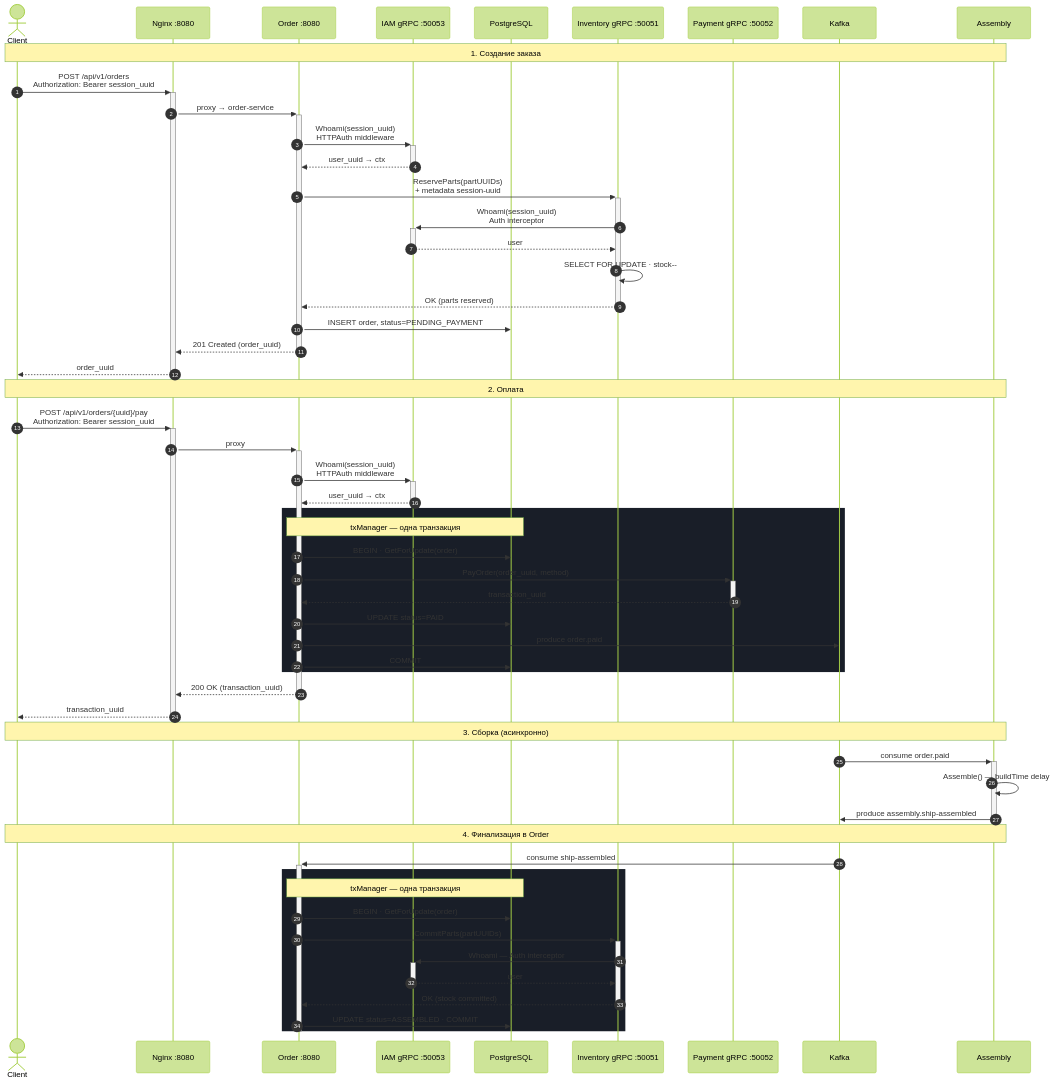
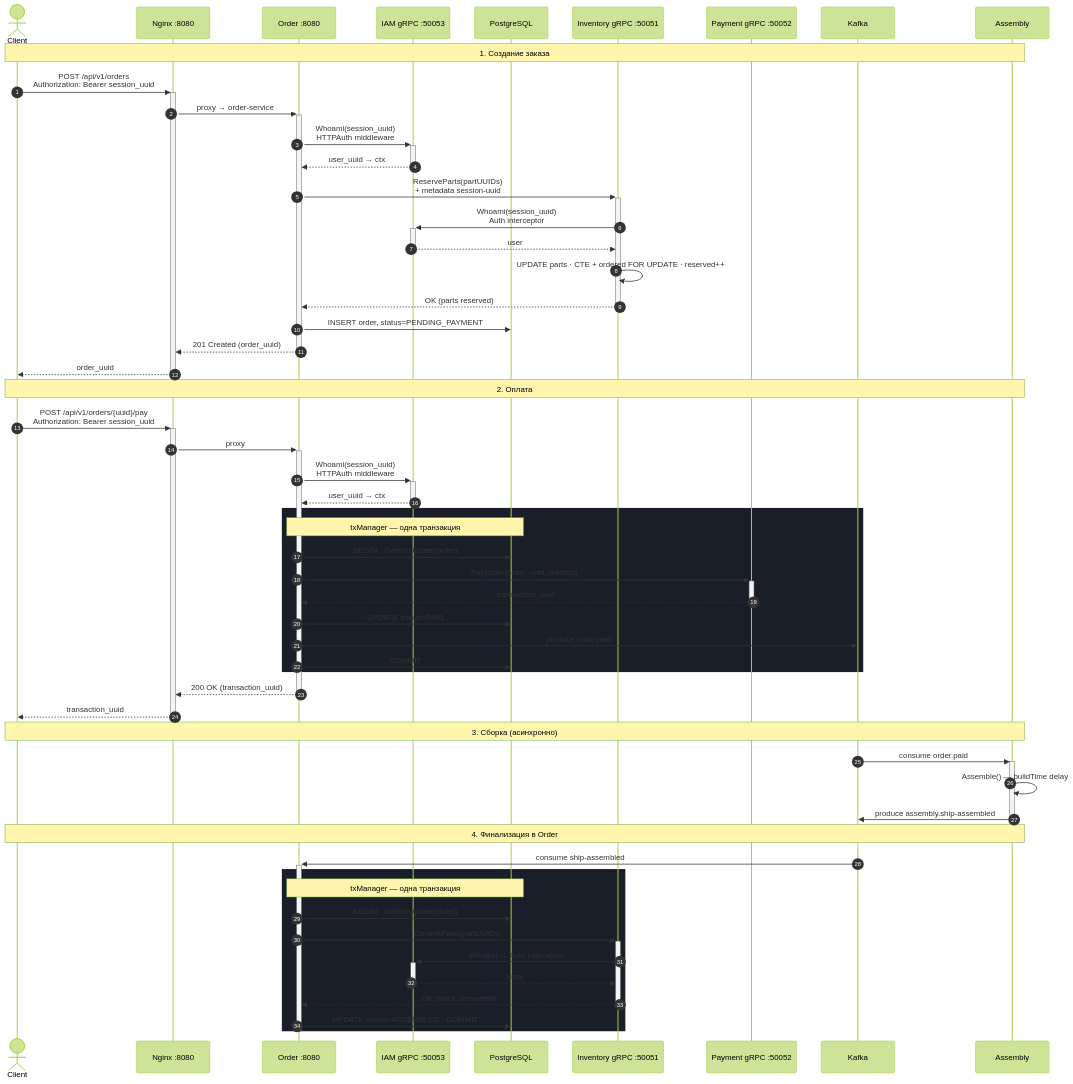
One commit to krapagen/my_microservices_rocket changed the second of 3 diagrams in README.md. Above: the diagram before and after it, drawn with Mermaid (forest theme). The commit also changed other lines of this file and 30 other files, not shown here.

````diff
--- a/README.md
+++ b/README.md
@@ -71,62 +89,62 @@
 ```mermaid
 sequenceDiagram
     autonumber
     actor C as Client
     participant N as Nginx :8080
     participant O as Order :8080
     participant IAM as IAM gRPC :50053
     participant PG as PostgreSQL
     participant I as Inventory gRPC :50051
     participant P as Payment gRPC :50052
     participant K as Kafka
     participant A as Assembly
 
     Note over C,A: 1. Создание заказа
     C->>+N: POST /api/v1/orders<br/>Authorization: Bearer session_uuid
     N->>+O: proxy → order-service
     O->>+IAM: Whoami(session_uuid)<br/>HTTPAuth middleware
     IAM-->>-O: user_uuid → ctx
     O->>+I: ReserveParts(partUUIDs)<br/>+ metadata session-uuid
     I->>+IAM: Whoami(session_uuid)<br/>Auth interceptor
     IAM-->>-I: user
-    I->>I: SELECT FOR UPDATE · stock--
+    I->>I: UPDATE parts · CTE + ordered FOR UPDATE · reserved++
     I-->>-O: OK (parts reserved)
     O->>PG: INSERT order, status=PENDING_PAYMENT
     O-->>-N: 201 Created (order_uuid)
     N-->>-C: order_uuid
 
     Note over C,A: 2. Оплата
     C->>+N: POST /api/v1/orders/{uuid}/pay<br/>Authorization: Bearer session_uuid
     N->>+O: proxy
     O->>+IAM: Whoami(session_uuid)<br/>HTTPAuth middleware
     IAM-->>-O: user_uuid → ctx
     rect rgb(25, 30, 40)
         Note over O,PG: txManager — одна транзакция
         O->>PG: BEGIN · GetForUpdate(order)
         O->>+P: PayOrder(order_uuid, method)
         P-->>-O: transaction_uuid
         O->>PG: UPDATE status=PAID
         O->>K: produce order.paid
         O->>PG: COMMIT
     end
     O-->>-N: 200 OK (transaction_uuid)
     N-->>-C: transaction_uuid
 
     Note over C,A: 3. Сборка (асинхронно)
     K->>+A: consume order.paid
     A->>A: Assemble() — buildTime delay
     A->>-K: produce assembly.ship-assembled
 
     Note over C,A: 4. Финализация в Order
     K->>+O: consume ship-assembled
     rect rgb(25, 30, 40)
         Note over O,PG: txManager — одна транзакция
         O->>PG: BEGIN · GetForUpdate(order)
         O->>+I: CommitParts(partUUIDs)
         I->>+IAM: Whoami — Auth interceptor
         IAM-->>-I: user
         I-->>-O: OK (stock committed)
         O->>PG: UPDATE status=ASSEMBLED · COMMIT
     end
     deactivate O
 ```
````
